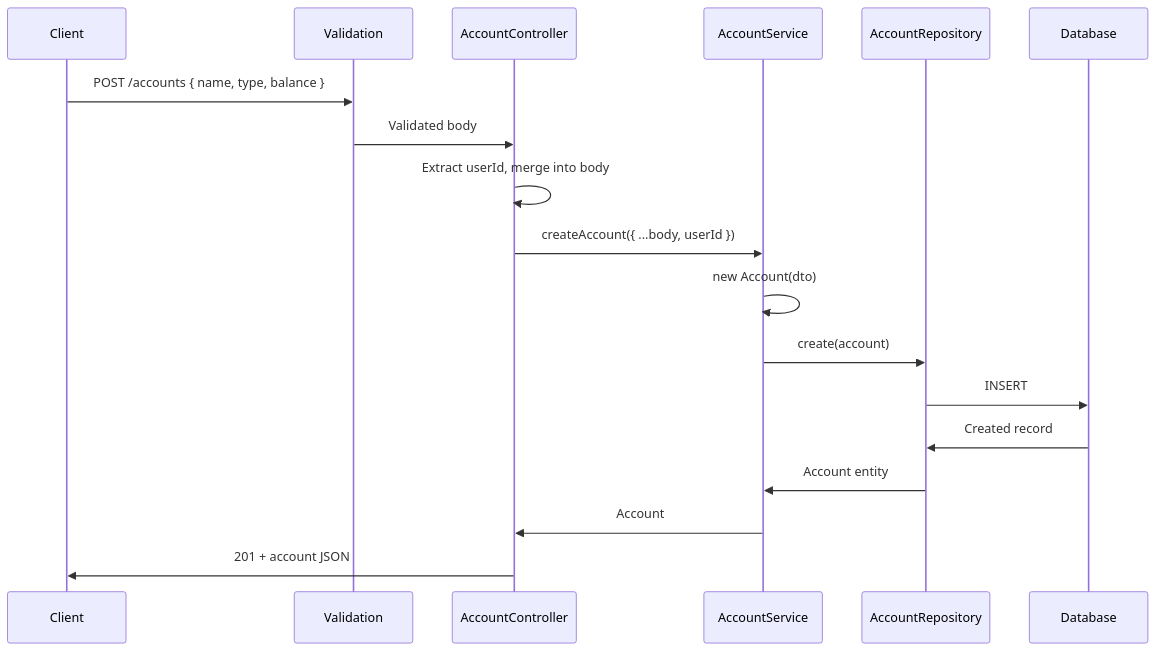
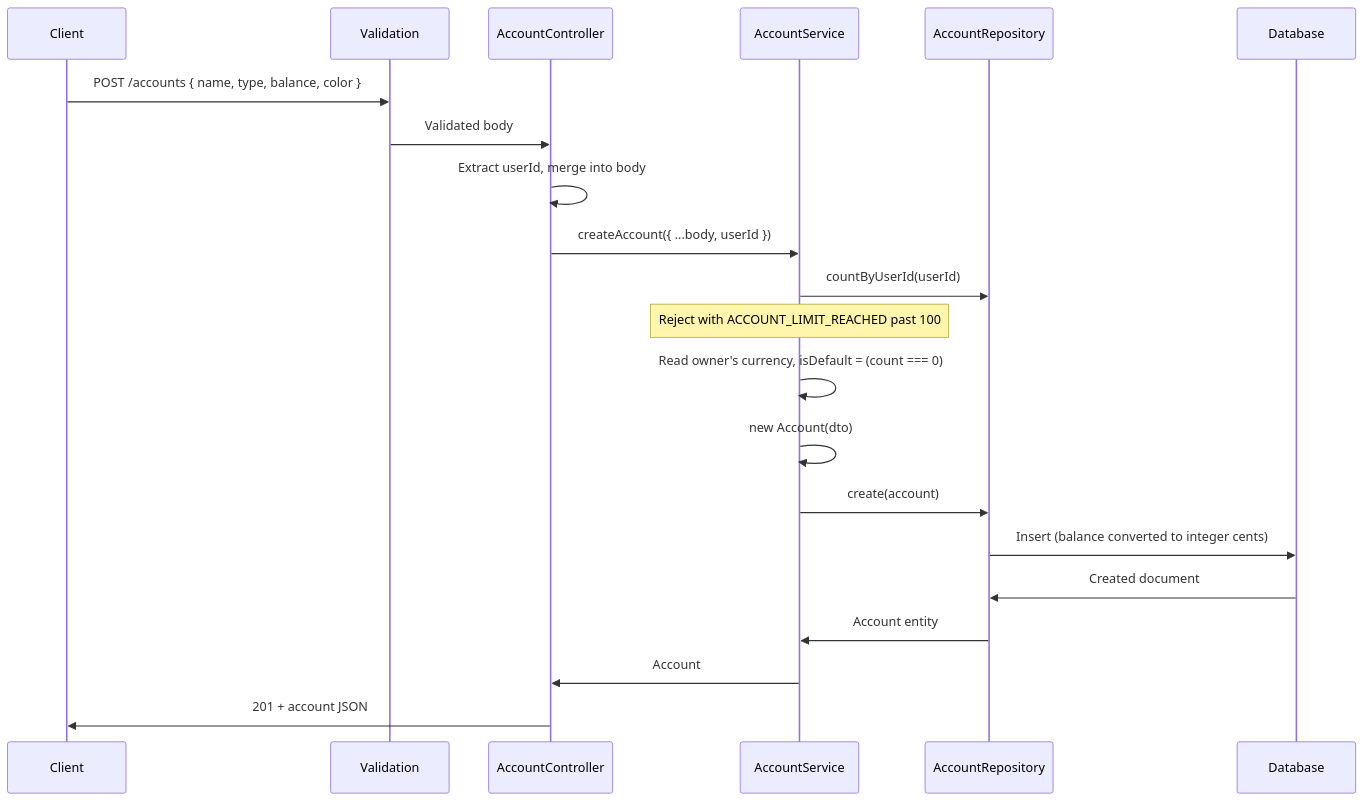
Before and after one commit to alex16jpv/lag-money-manager: the diagram in docs/modules/accounts.md, drawn with Mermaid. The commit also changed other lines of this file and 37 other files, not shown here.

````diff
--- a/docs/modules/accounts.md
+++ b/docs/modules/accounts.md
@@ -47,21 +72,24 @@
 ```mermaid
 sequenceDiagram
     participant C as Client
     participant VAL as Validation
     participant CTRL as AccountController
     participant SVC as AccountService
     participant REPO as AccountRepository
     participant DB as Database
 
-    C->>VAL: POST /accounts { name, type, balance }
+    C->>VAL: POST /accounts { name, type, balance, color }
     VAL->>CTRL: Validated body
     CTRL->>CTRL: Extract userId, merge into body
     CTRL->>SVC: createAccount({ ...body, userId })
+    SVC->>REPO: countByUserId(userId)
+    Note over SVC: Reject with ACCOUNT_LIMIT_REACHED past 100
+    SVC->>SVC: Read owner's currency, isDefault = (count === 0)
     SVC->>SVC: new Account(dto)
     SVC->>REPO: create(account)
-    REPO->>DB: INSERT
-    DB->>REPO: Created record
+    REPO->>DB: Insert (balance converted to integer cents)
+    DB->>REPO: Created document
     REPO->>SVC: Account entity
     SVC->>CTRL: Account
     CTRL->>C: 201 + account JSON
 ```
````
